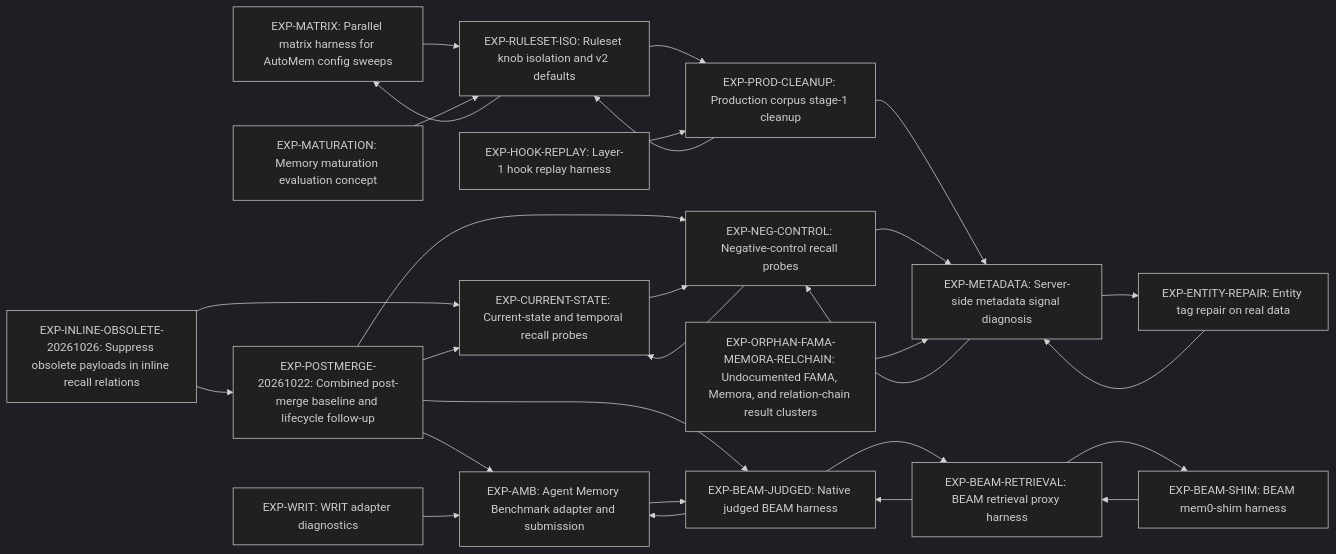
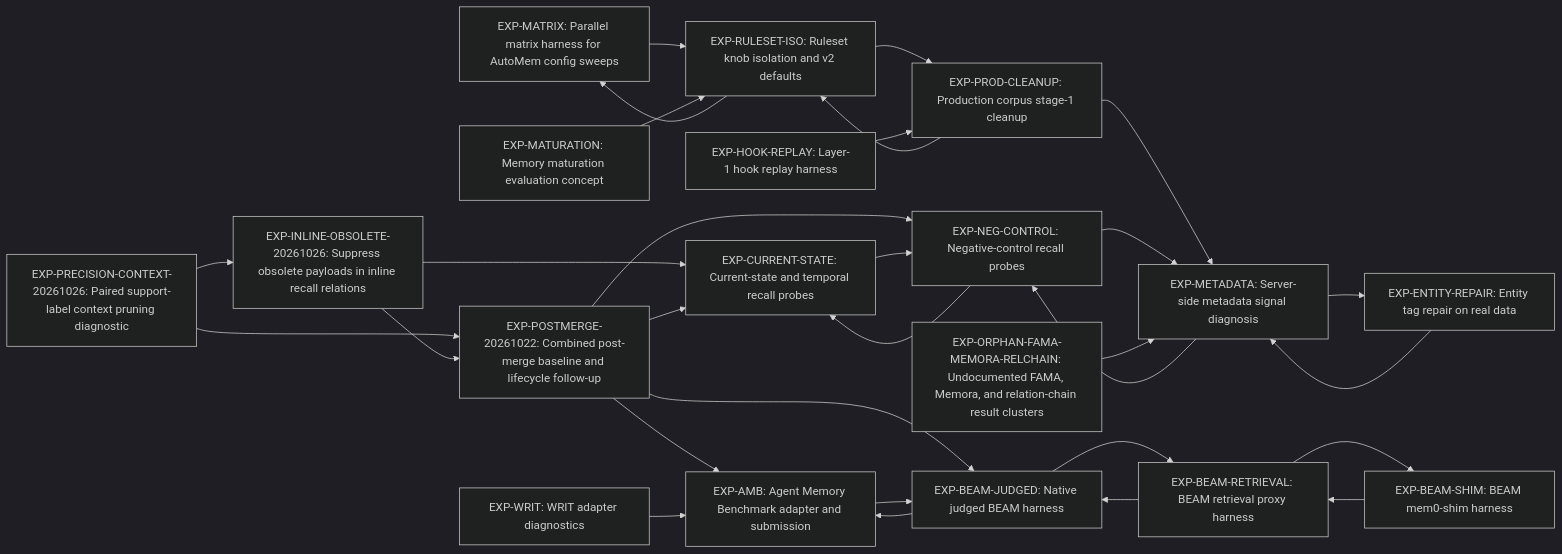
Before and after one commit to verygoodplugins/automem-evals: the diagram in docs/experiments/STATUS.md, drawn with Mermaid (dark theme). The commit also changed other lines of this file and 10 other files, not shown here.

First line of the commit message:
test(precision): reconcile context ablation and scoring concerns (#82)

````diff
--- a/docs/experiments/STATUS.md
+++ b/docs/experiments/STATUS.md
@@ -32,47 +33,50 @@
 ```mermaid
 flowchart LR
+  EXP_PRECISION_CONTEXT_20261026["EXP-PRECISION-CONTEXT-20261026: Paired support-label context pruning diagnostic"]
   EXP_INLINE_OBSOLETE_20261026["EXP-INLINE-OBSOLETE-20261026: Suppress obsolete payloads in inline recall relations"]
   EXP_POSTMERGE_20261022["EXP-POSTMERGE-20261022: Combined post-merge baseline and lifecycle follow-up"]
   EXP_AMB["EXP-AMB: Agent Memory Benchmark adapter and submission"]
   EXP_MATRIX["EXP-MATRIX: Parallel matrix harness for AutoMem config sweeps"]
   EXP_BEAM_JUDGED["EXP-BEAM-JUDGED: Native judged BEAM harness"]
   EXP_BEAM_RETRIEVAL["EXP-BEAM-RETRIEVAL: BEAM retrieval proxy harness"]
   EXP_BEAM_SHIM["EXP-BEAM-SHIM: BEAM mem0-shim harness"]
   EXP_RULESET_ISO["EXP-RULESET-ISO: Ruleset knob isolation and v2 defaults"]
   EXP_PROD_CLEANUP["EXP-PROD-CLEANUP: Production corpus stage-1 cleanup"]
   EXP_HOOK_REPLAY["EXP-HOOK-REPLAY: Layer-1 hook replay harness"]
   EXP_CURRENT_STATE["EXP-CURRENT-STATE: Current-state and temporal recall probes"]
   EXP_ENTITY_REPAIR["EXP-ENTITY-REPAIR: Entity tag repair on real data"]
   EXP_METADATA["EXP-METADATA: Server-side metadata signal diagnosis"]
   EXP_NEG_CONTROL["EXP-NEG-CONTROL: Negative-control recall probes"]
   EXP_WRIT["EXP-WRIT: WRIT adapter diagnostics"]
   EXP_MATURATION["EXP-MATURATION: Memory maturation evaluation concept"]
   EXP_ORPHAN_FAMA_MEMORA_RELCHAIN["EXP-ORPHAN-FAMA-MEMORA-RELCHAIN: Undocumented FAMA, Memora, and relation-chain result clusters"]
+  EXP_PRECISION_CONTEXT_20261026 --> EXP_POSTMERGE_20261022
+  EXP_PRECISION_CONTEXT_20261026 --> EXP_INLINE_OBSOLETE_20261026
   EXP_INLINE_OBSOLETE_20261026 --> EXP_POSTMERGE_20261022
   EXP_INLINE_OBSOLETE_20261026 --> EXP_CURRENT_STATE
   EXP_POSTMERGE_20261022 --> EXP_CURRENT_STATE
   EXP_POSTMERGE_20261022 --> EXP_NEG_CONTROL
   EXP_POSTMERGE_20261022 --> EXP_AMB
   EXP_POSTMERGE_20261022 --> EXP_BEAM_JUDGED
   EXP_AMB --> EXP_BEAM_JUDGED
   EXP_MATRIX --> EXP_RULESET_ISO
   EXP_BEAM_JUDGED --> EXP_BEAM_RETRIEVAL
   EXP_BEAM_JUDGED --> EXP_AMB
   EXP_BEAM_RETRIEVAL --> EXP_BEAM_SHIM
   EXP_BEAM_RETRIEVAL --> EXP_BEAM_JUDGED
   EXP_BEAM_SHIM --> EXP_BEAM_RETRIEVAL
   EXP_RULESET_ISO --> EXP_PROD_CLEANUP
   EXP_RULESET_ISO --> EXP_MATRIX
   EXP_PROD_CLEANUP --> EXP_RULESET_ISO
   EXP_PROD_CLEANUP --> EXP_METADATA
   EXP_HOOK_REPLAY --> EXP_PROD_CLEANUP
   EXP_CURRENT_STATE --> EXP_NEG_CONTROL
   EXP_ENTITY_REPAIR --> EXP_METADATA
   EXP_METADATA --> EXP_ENTITY_REPAIR
   EXP_METADATA --> EXP_NEG_CONTROL
   EXP_NEG_CONTROL --> EXP_METADATA
   EXP_NEG_CONTROL --> EXP_CURRENT_STATE
   EXP_WRIT --> EXP_AMB
   EXP_MATURATION --> EXP_RULESET_ISO
   EXP_ORPHAN_FAMA_MEMORA_RELCHAIN --> EXP_METADATA
 ```
````
